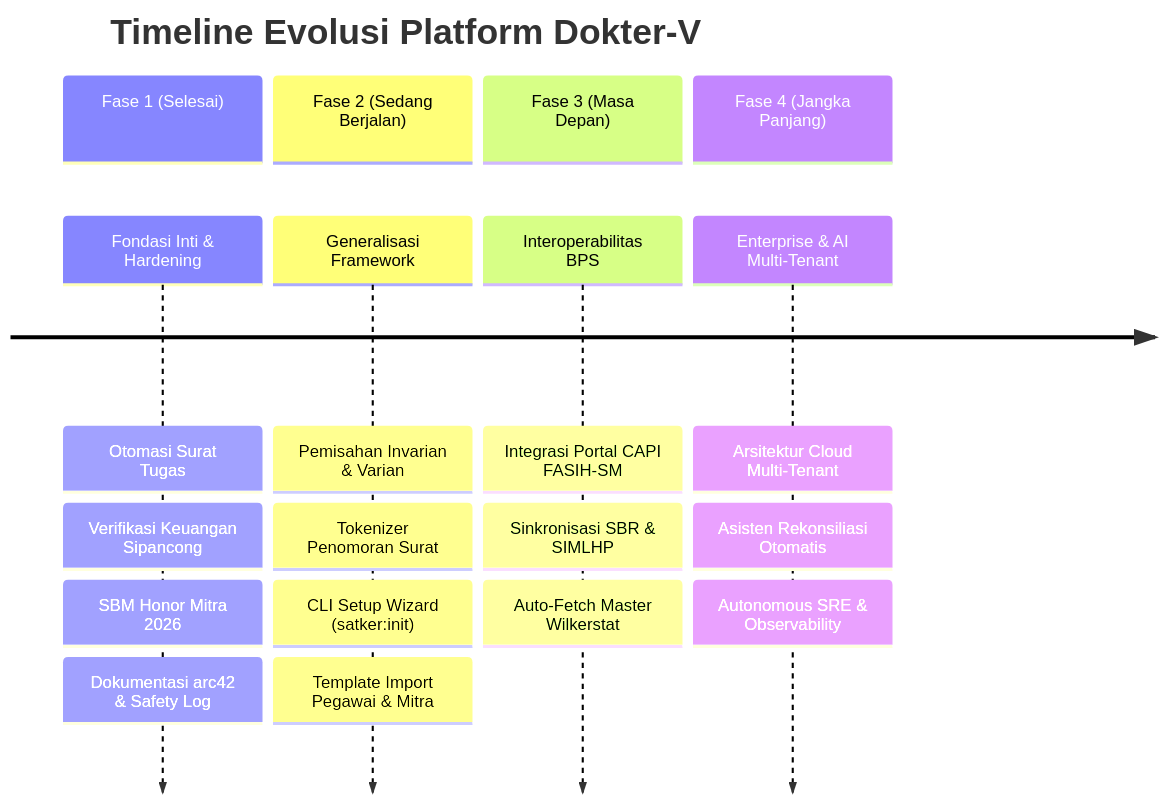
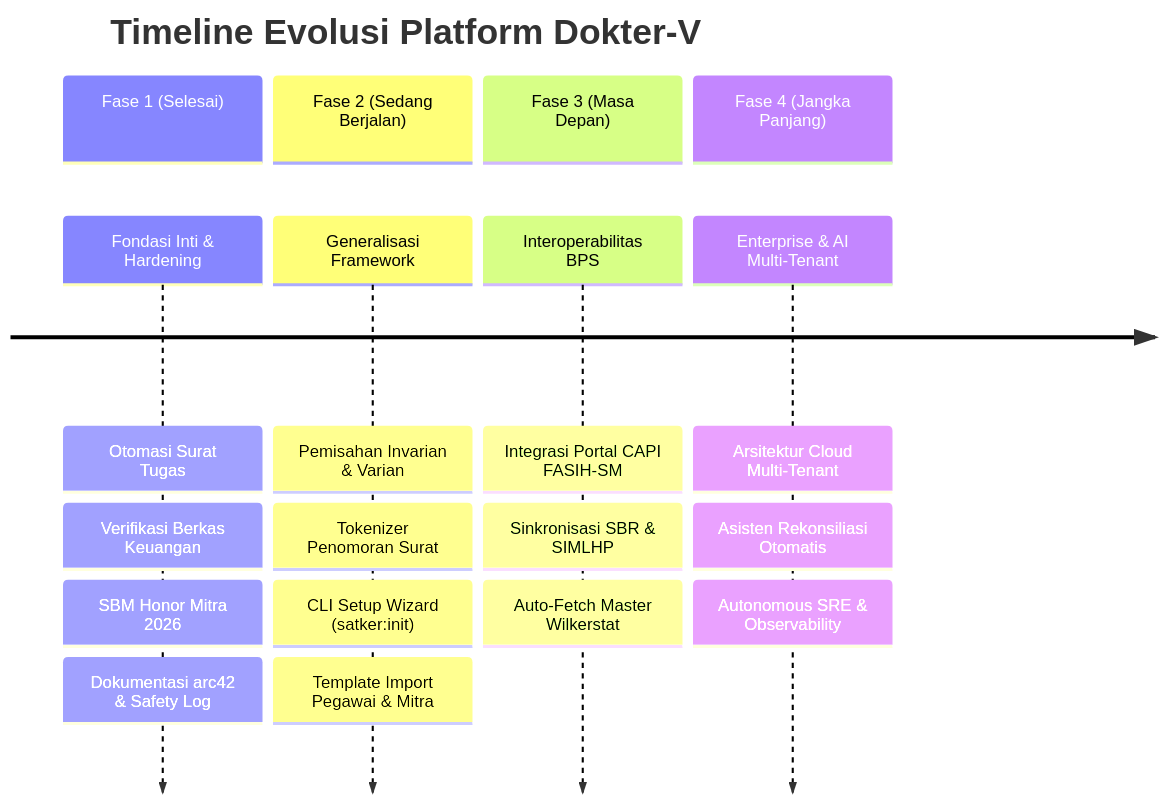
Before and after one commit to ihkaru/sipedas: the diagram in docs/ROADMAP.md, drawn with Mermaid. The commit also changed other lines of this file and 53 other files, not shown here.

````diff
--- a/docs/ROADMAP.md
+++ b/docs/ROADMAP.md
@@ -47,22 +47,22 @@
 ```mermaid
 timeline
     title Timeline Evolusi Platform Dokter-V
     section Fase 1 (Selesai)
         Fondasi Inti & Hardening : Otomasi Surat Tugas
-                                  : Verifikasi Keuangan Sipancong
+                                  : Verifikasi Berkas Keuangan
                                   : SBM Honor Mitra 2026
                                   : Dokumentasi arc42 & Safety Log
     section Fase 2 (Sedang Berjalan)
         Generalisasi Framework   : Pemisahan Invarian & Varian
                                   : Tokenizer Penomoran Surat
                                   : CLI Setup Wizard (satker:init)
                                   : Template Import Pegawai & Mitra
     section Fase 3 (Masa Depan)
         Interoperabilitas BPS    : Integrasi Portal CAPI FASIH-SM
                                   : Sinkronisasi SBR & SIMLHP
                                   : Auto-Fetch Master Wilkerstat
     section Fase 4 (Jangka Panjang)
         Enterprise & AI Multi-Tenant : Arsitektur Cloud Multi-Tenant
                                       : Asisten Rekonsiliasi Otomatis
                                       : Autonomous SRE & Observability
 ```
````
